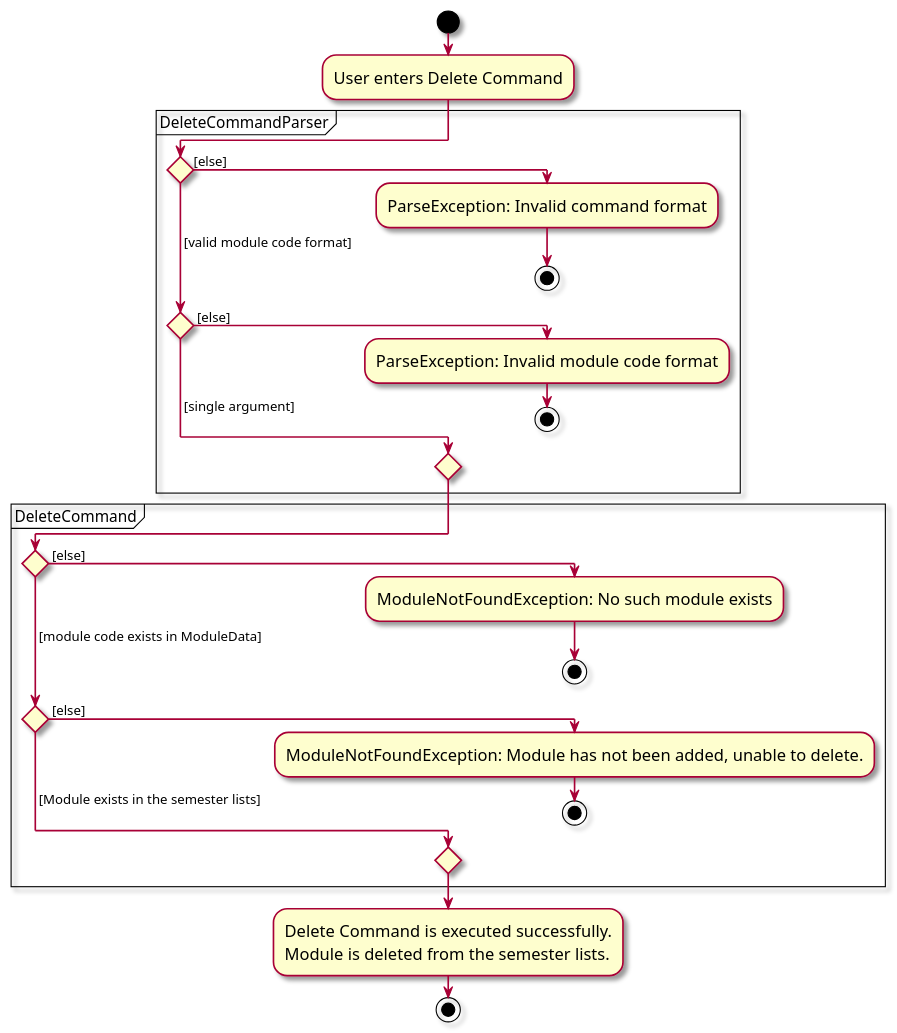
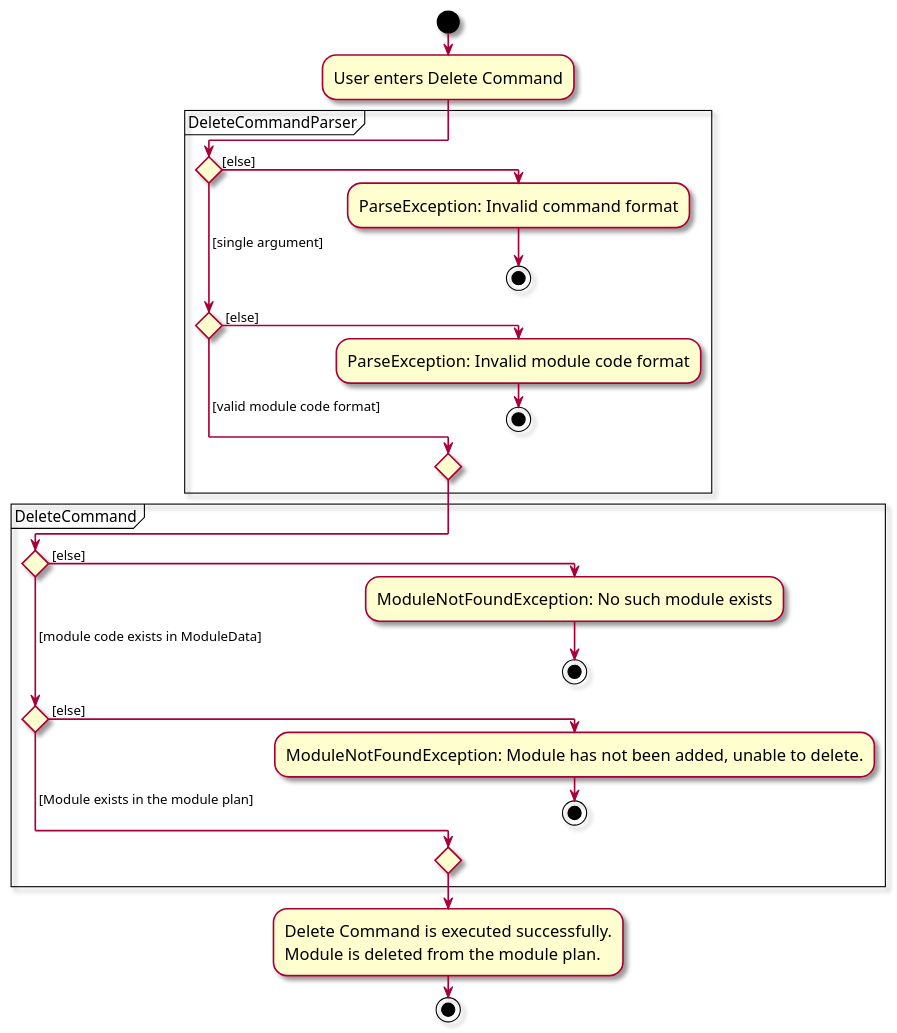
Before and after one commit to yyyaohhh/tp: the diagram in diagrams/DeleteCommandActivityDiagram.puml, drawn with PlantUML. The commit also changed 39 other files, not shown here.

```diff
--- a/diagrams/DeleteCommandActivityDiagram.puml
+++ b/diagrams/DeleteCommandActivityDiagram.puml
@@ -1,40 +1,40 @@
 @startuml
 skin rose
 skinparam ActivityFontSize 15
 skinparam ArrowFontSize 12
 !pragma useVerticalIf on
 start
 :User enters Delete Command;
 
 partition DeleteCommandParser {
 
 if () then ([else])
     :ParseException: Invalid command format;
     stop
-( [valid module code format]) elseif () then ( [else])
+( [single argument]) elseif () then ( [else])
     :ParseException: Invalid module code format;
     stop
-else ( [single argument])
+else ( [valid module code format])
 
 endif
 }
 
 partition DeleteCommand {
 
 if () then ( [else])
     :ModuleNotFoundException: No such module exists;
     stop
 ( [module code exists in ModuleData]) elseif () then ( [else])
     :ModuleNotFoundException: Module has not been added, unable to delete.;
     stop
-else ( [Module exists in the semester lists])
+else ( [Module exists in the module plan])
 
 endif
 }
 
 :Delete Command is executed successfully.
-Module is deleted from the semester lists.;
+Module is deleted from the module plan.;
 
 stop
 
 @enduml
```
